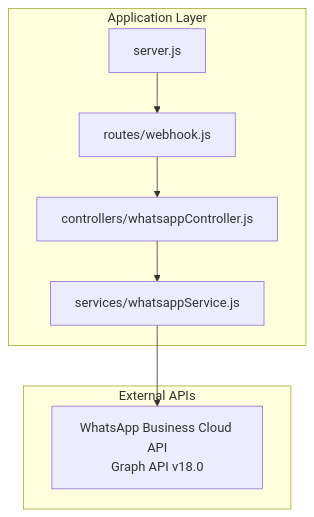
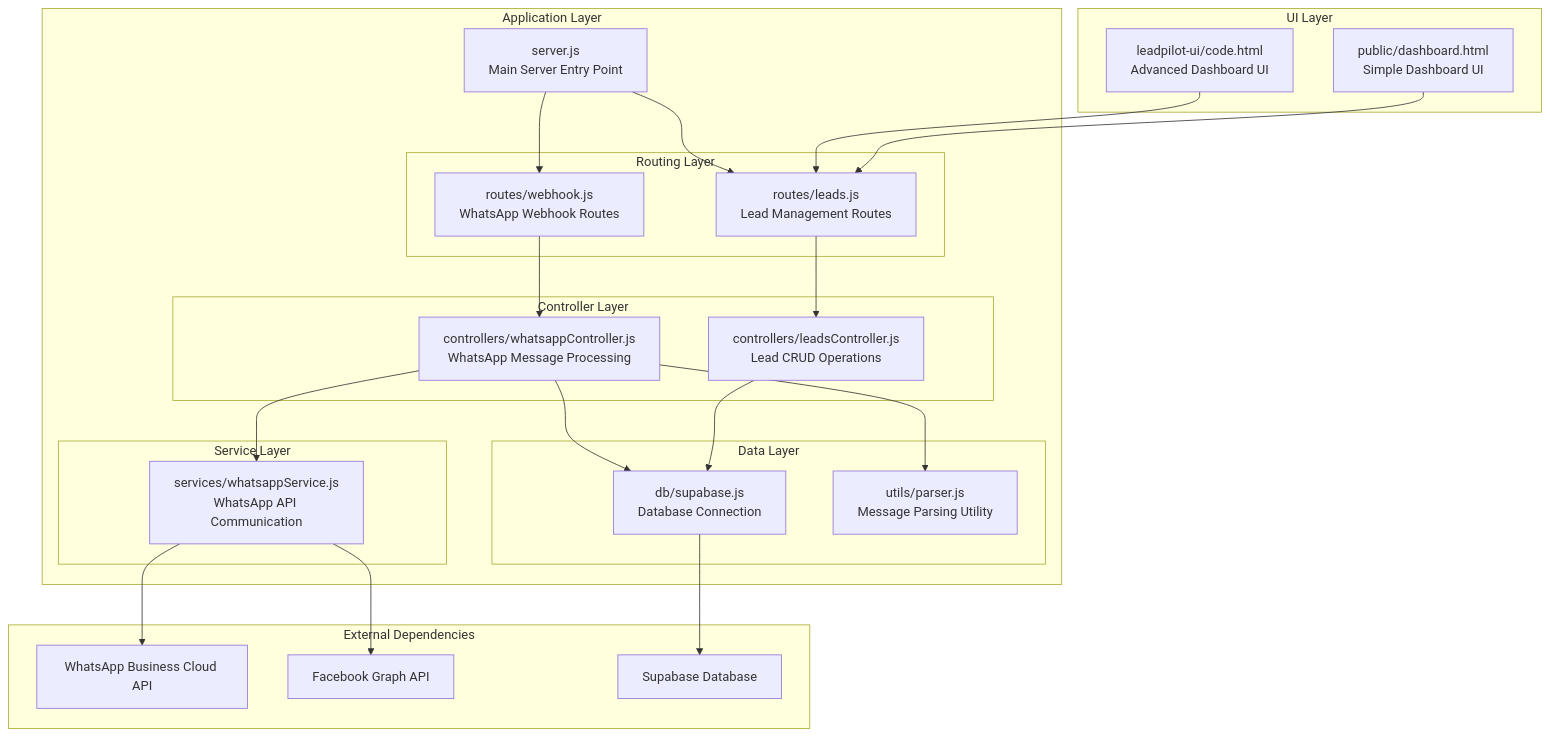
The first of 6 diagrams in .qoder/repowiki/en/content/System Architecture.md (hariom-wdsadhunik/SaaS-Project), drawn with Mermaid before and after one commit. The commit also changed other lines of this file and 13 other files, not shown here.

First line of the commit message:
feat(api): integrate lead management and real-time dashboard UI

````diff
--- a/.qoder/repowiki/en/content/System Architecture.md
+++ b/.qoder/repowiki/en/content/System Architecture.md
@@ -35,16 +50,43 @@
 ```mermaid
 graph TB
 subgraph "Application Layer"
-S["server.js"]
-R["routes/webhook.js"]
-C["controllers/whatsappController.js"]
-SVC["services/whatsappService.js"]
+S["server.js<br/>Main Server Entry Point"]
+subgraph "Routing Layer"
+R1["routes/webhook.js<br/>WhatsApp Webhook Routes"]
+R2["routes/leads.js<br/>Lead Management Routes"]
 end
-subgraph "External APIs"
-WAPI["WhatsApp Business Cloud API<br/>Graph API v18.0"]
+subgraph "Controller Layer"
+C1["controllers/whatsappController.js<br/>WhatsApp Message Processing"]
+C2["controllers/leadsController.js<br/>Lead CRUD Operations"]
 end
-S --> R
-R --> C
-C --> SVC
-SVC --> WAPI
+subgraph "Service Layer"
+SV1["services/whatsappService.js<br/>WhatsApp API Communication"]
+end
+subgraph "Data Layer"
+DB["db/supabase.js<br/>Database Connection"]
+UT["utils/parser.js<br/>Message Parsing Utility"]
+end
+end
+subgraph "UI Layer"
+UI1["leadpilot-ui/code.html<br/>Advanced Dashboard UI"]
+UI2["public/dashboard.html<br/>Simple Dashboard UI"]
+end
+subgraph "External Dependencies"
+EXT1["WhatsApp Business Cloud API"]
+EXT2["Facebook Graph API"]
+EXT3["Supabase Database"]
+end
+S --> R1
+S --> R2
+R1 --> C1
+R2 --> C2
+C1 --> SV1
+C1 --> DB
+C1 --> UT
+C2 --> DB
+UI1 --> R2
+UI2 --> R2
+SV1 --> EXT1
+SV1 --> EXT2
+DB --> EXT3
 ```
````
